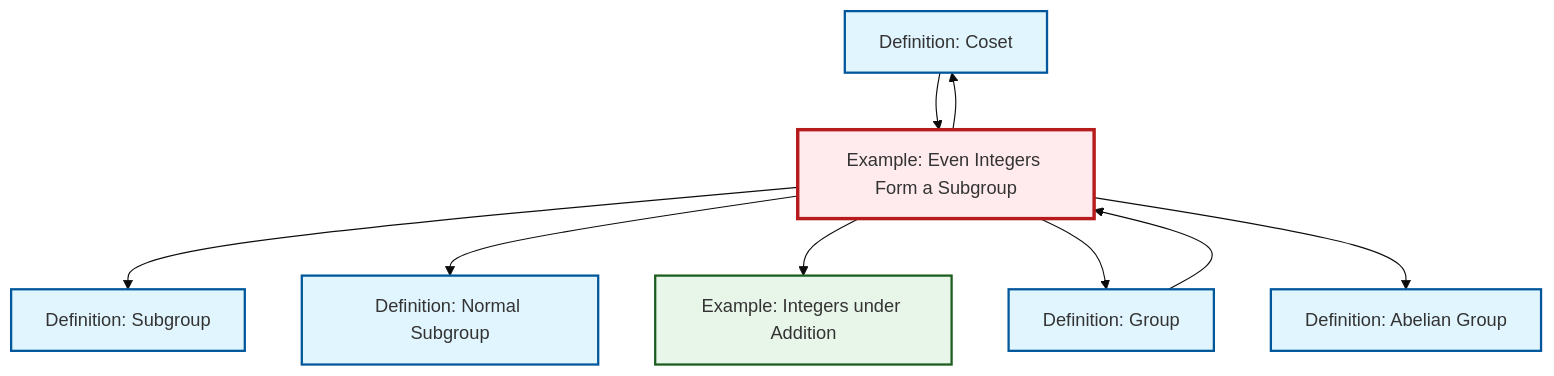
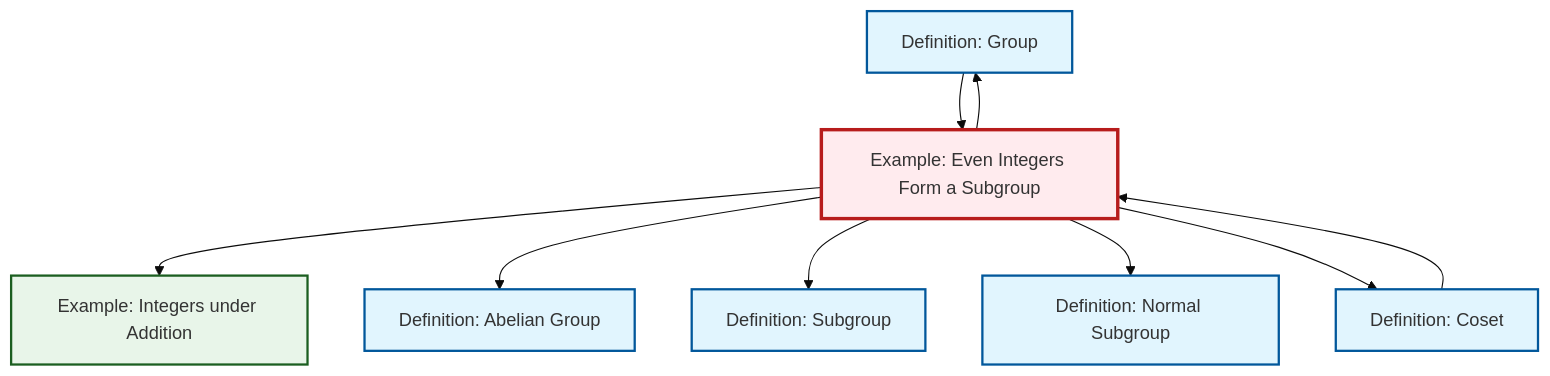
The diagram in content/ja/algebra/ex-even-integers-subgroup.qmd (RK0429/ModernMath), drawn with Mermaid (base theme) before and after one commit. The commit also changed other lines of this file and 531 other files, not shown here.

````diff
--- a/content/ja/algebra/ex-even-integers-subgroup.qmd
+++ b/content/ja/algebra/ex-even-integers-subgroup.qmd
@@ -52,31 +52,31 @@
 ```{mermaid}
 %%| fig-cap: "Local dependency graph"
 graph TD
     classDef definition fill:#e1f5fe,stroke:#01579b,stroke-width:2px
     classDef theorem fill:#f3e5f5,stroke:#4a148c,stroke-width:2px
     classDef axiom fill:#fff3e0,stroke:#e65100,stroke-width:2px
     classDef example fill:#e8f5e9,stroke:#1b5e20,stroke-width:2px
     classDef current fill:#ffebee,stroke:#b71c1c,stroke-width:3px
+    def-abelian-group["Definition: Abelian Group"]:::definition
     def-normal-subgroup["Definition: Normal Subgroup"]:::definition
+    def-group["Definition: Group"]:::definition
+    def-subgroup["Definition: Subgroup"]:::definition
+    ex-even-integers-subgroup["Example: Even Integers Form a Subgroup"]:::example
+    ex-integers-addition["Example: Integers under Addition"]:::example
     def-coset["Definition: Coset"]:::definition
-    def-subgroup["Definition: Subgroup"]:::definition
-    def-group["Definition: Group"]:::definition
-    ex-integers-addition["Example: Integers under Addition"]:::example
-    def-abelian-group["Definition: Abelian Group"]:::definition
-    ex-even-integers-subgroup["Example: Even Integers Form a Subgroup"]:::example
+    ex-even-integers-subgroup --> ex-integers-addition
+    def-coset --> ex-even-integers-subgroup
+    ex-even-integers-subgroup --> def-abelian-group
     ex-even-integers-subgroup --> def-subgroup
+    ex-even-integers-subgroup --> def-normal-subgroup
+    ex-even-integers-subgroup --> def-group
+    ex-even-integers-subgroup --> def-coset
     def-group --> ex-even-integers-subgroup
-    ex-even-integers-subgroup --> def-normal-subgroup
-    def-coset --> ex-even-integers-subgroup
-    ex-even-integers-subgroup --> def-coset
-    ex-even-integers-subgroup --> ex-integers-addition
-    ex-even-integers-subgroup --> def-group
-    ex-even-integers-subgroup --> def-abelian-group
     class ex-even-integers-subgroup current
+    click def-abelian-group "def-abelian-group.html" "Definition: Abelian Groupへ"
     click def-normal-subgroup "def-normal-subgroup.html" "Definition: Normal Subgroupへ"
+    click def-group "def-group.html" "Definition: Groupへ"
+    click def-subgroup "def-subgroup.html" "Definition: Subgroupへ"
+    click ex-integers-addition "ex-integers-addition.html" "Example: Integers under Additionへ"
     click def-coset "def-coset.html" "Definition: Cosetへ"
-    click def-subgroup "def-subgroup.html" "Definition: Subgroupへ"
-    click def-group "def-group.html" "Definition: Groupへ"
-    click ex-integers-addition "ex-integers-addition.html" "Example: Integers under Additionへ"
-    click def-abelian-group "def-abelian-group.html" "Definition: Abelian Groupへ"
 ```
````
